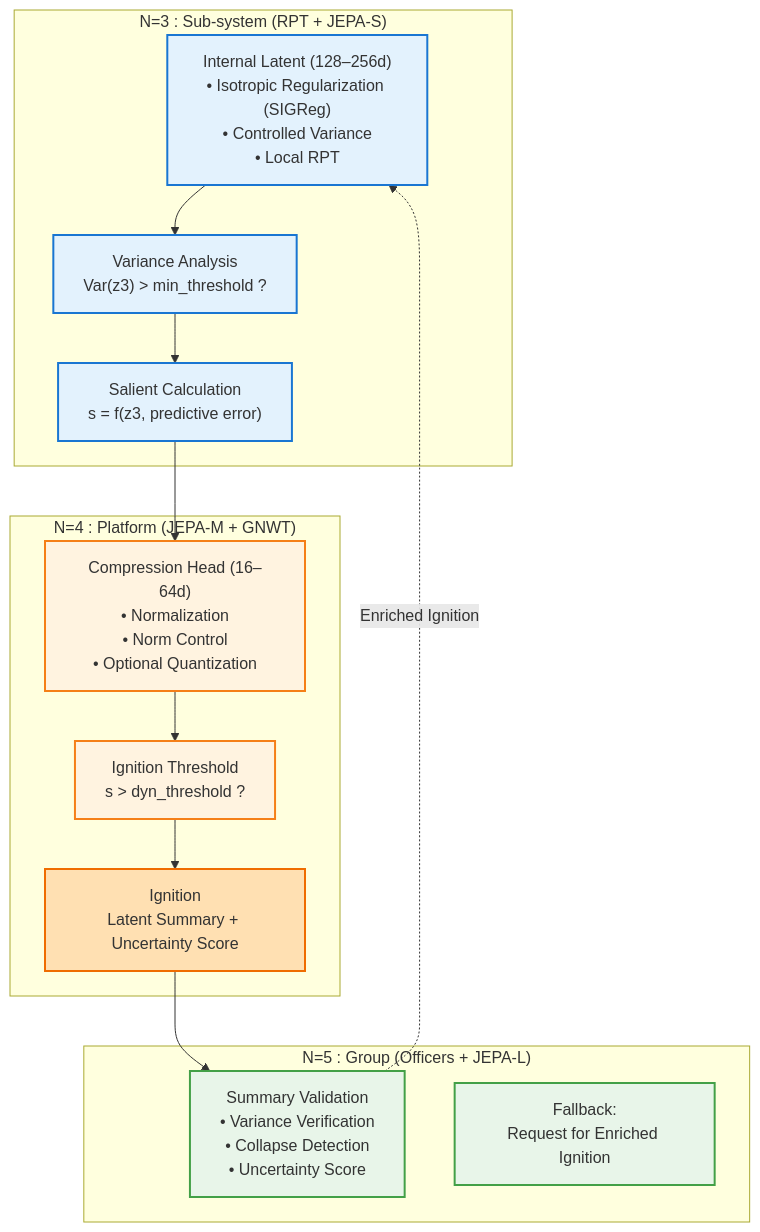
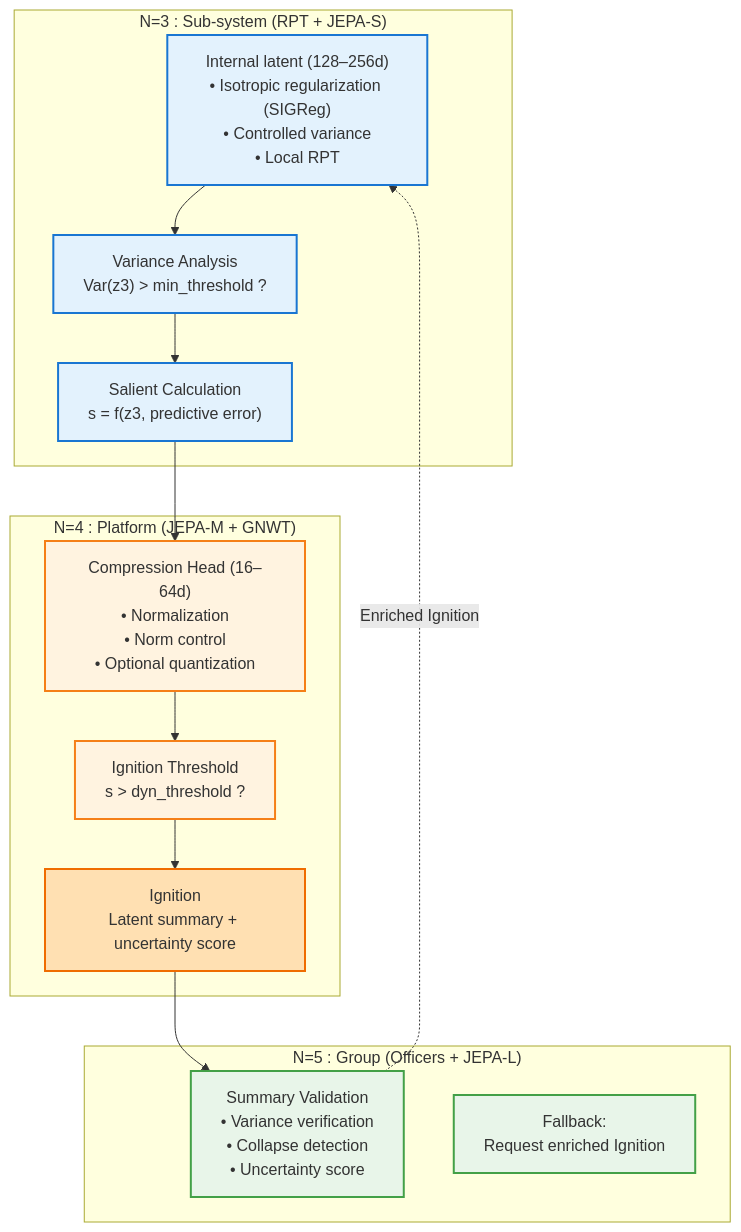
The seventh of 7 diagrams in architecture/architecture.md (AlainCo/GNWT-Garrigue-X-en), drawn with Mermaid before and after one commit. The commit also changed other lines of this file and 23 other files, not shown here.

````diff
--- a/architecture/architecture.md
+++ b/architecture/architecture.md
@@ -200,38 +200,38 @@
 ```mermaid
 flowchart TD
 
     %% --- N3 : Latent interne ---
     subgraph N3 ["N=3 : Sub-system (RPT + JEPA-S)"]
-        L3["Internal Latent (128–256d)<br>• Isotropic Regularization (SIGReg)<br>• Controlled Variance<br>• Local RPT"]
+        L3["Internal latent (128–256d)<br>• Isotropic regularization (SIGReg)<br>• Controlled variance<br>• Local RPT"]
         V3["Variance Analysis<br>Var(z3) > min_threshold ?"]
         S3["Salient Calculation<br>s = f(z3, predictive error)"]
     end
 
     %% --- N4 : Compression + Seuil d'Ignition ---
     subgraph N4 ["N=4 : Platform (JEPA-M + GNWT)"]
-        T4["Compression Head (16–64d)<br>• Normalization<br>• Norm Control<br>• Optional Quantization"]
+        T4["Compression Head (16–64d)<br>• Normalization<br>• Norm control<br>• Optional quantization"]
         Th4["Ignition Threshold<br>s > dyn_threshold ?"]
-        I4["Ignition<br>Latent Summary + Uncertainty Score"]
+        I4["Ignition<br>Latent summary + uncertainty score"]
     end
 
     %% --- N5 : Validation + Fallback ---
     subgraph N5 ["N=5 : Group (Officers + JEPA-L)"]
-        V5["Summary Validation<br>• Variance Verification<br>• Collapse Detection<br>• Uncertainty Score"]
-        F5["Fallback:<br>Request for Enriched Ignition"]
+        V5["Summary Validation<br>• Variance verification<br>• Collapse detection<br>• Uncertainty score"]
+        F5["Fallback:<br>Request enriched Ignition"]
     end
 
     %% --- Flux ---
     L3 --> V3 --> S3 --> T4 --> Th4 --> I4 --> V5
     V5 -.->|"Enriched Ignition"| L3
 
     %% --- Styles ---
     classDef latent fill:#e3f2fd,stroke:#1976d2,stroke-width:2px
     classDef comp fill:#fff3e0,stroke:#f57f17,stroke-width:2px
     classDef ign fill:#ffe0b2,stroke:#ef6c00,stroke-width:2px
     classDef val fill:#e8f5e9,stroke:#43a047,stroke-width:2px
 
     class L3,V3,S3 latent
     class T4,Th4 comp
     class I4 ign
     class V5,F5 val
 ```
````
